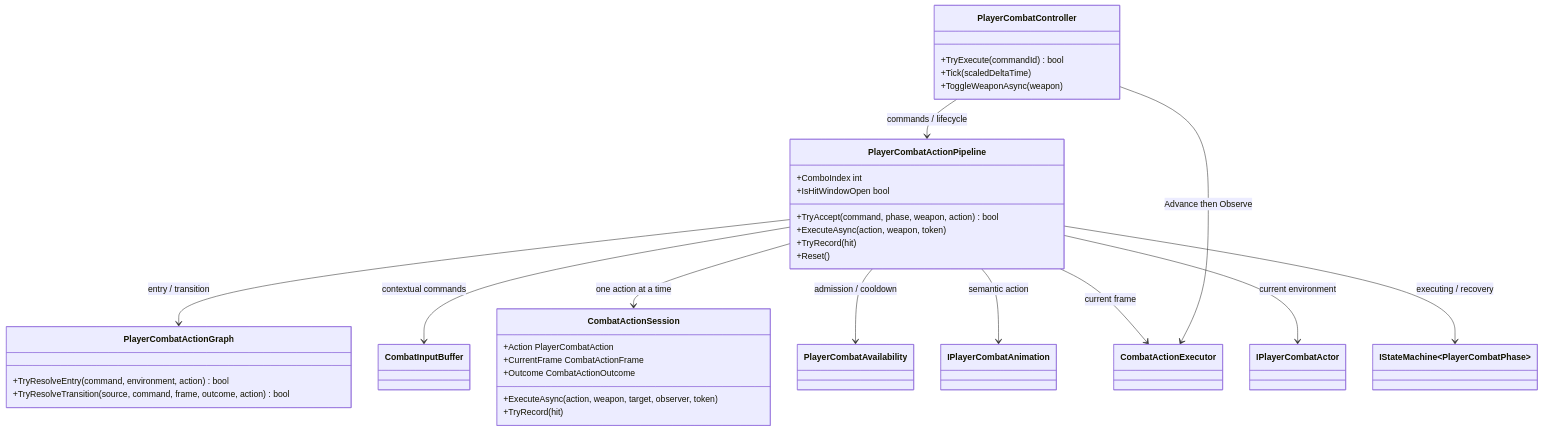
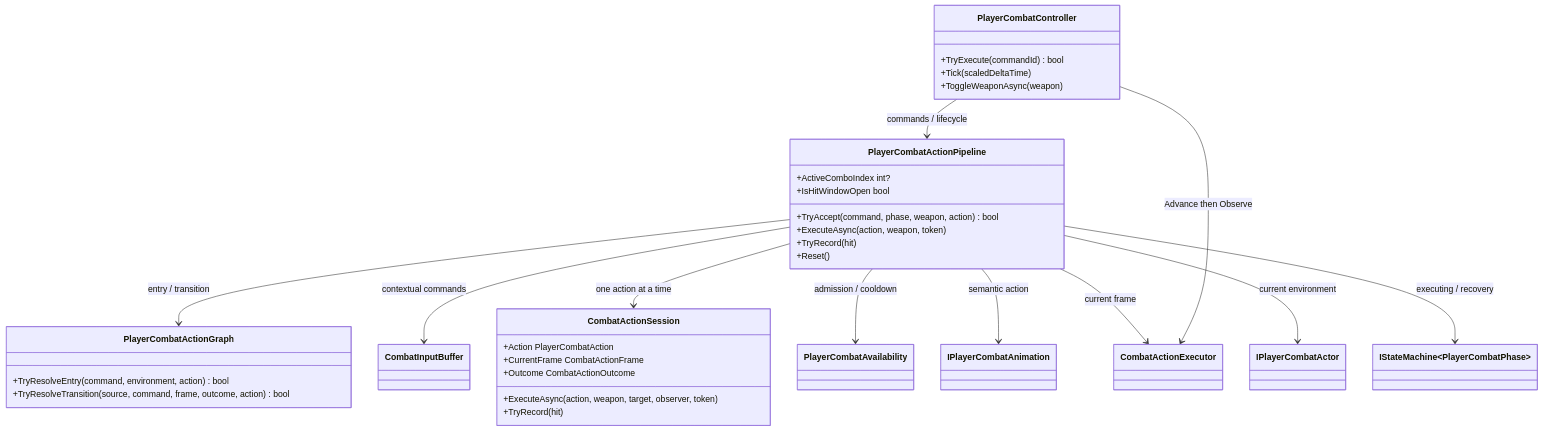
The first of 2 diagrams in Docs/Architecture/Combat.ActionPipeline.md (MaximFonariuc/project-s), drawn with Mermaid before and after one commit. The commit also changed other lines of this file and 4 other files, not shown here.

Commit message:
refactor(combat): disambiguate active combo state

````diff
--- a/Docs/Architecture/Combat.ActionPipeline.md
+++ b/Docs/Architecture/Combat.ActionPipeline.md
@@ -12,44 +12,44 @@
 ```mermaid
 classDiagram
     class PlayerCombatController {
         +TryExecute(commandId) bool
         +Tick(scaledDeltaTime)
         +ToggleWeaponAsync(weapon)
     }
     class PlayerCombatActionPipeline {
         +TryAccept(command, phase, weapon, action) bool
         +ExecuteAsync(action, weapon, token)
         +TryRecord(hit)
         +Reset()
-        +ComboIndex int
+        +ActiveComboIndex int?
         +IsHitWindowOpen bool
     }
     class PlayerCombatActionGraph {
         +TryResolveEntry(command, environment, action) bool
         +TryResolveTransition(source, command, frame, outcome, action) bool
     }
     class CombatInputBuffer
     class CombatActionSession {
         +Action PlayerCombatAction
         +CurrentFrame CombatActionFrame
         +Outcome CombatActionOutcome
         +ExecuteAsync(action, weapon, target, observer, token)
         +TryRecord(hit)
     }
     class CombatActionExecutor
     class PlayerCombatAvailability
     class IPlayerCombatAnimation
     class IPlayerCombatActor
     class IStateMachine~PlayerCombatPhase~
 
     PlayerCombatController --> PlayerCombatActionPipeline : commands / lifecycle
     PlayerCombatController --> CombatActionExecutor : Advance then Observe
     PlayerCombatActionPipeline --> PlayerCombatActionGraph : entry / transition
     PlayerCombatActionPipeline --> CombatInputBuffer : contextual commands
     PlayerCombatActionPipeline --> CombatActionSession : one action at a time
     PlayerCombatActionPipeline --> CombatActionExecutor : current frame
     PlayerCombatActionPipeline --> PlayerCombatAvailability : admission / cooldown
     PlayerCombatActionPipeline --> IPlayerCombatAnimation : semantic action
     PlayerCombatActionPipeline --> IPlayerCombatActor : current environment
     PlayerCombatActionPipeline --> IStateMachine~PlayerCombatPhase~ : executing / recovery
 ```
````
